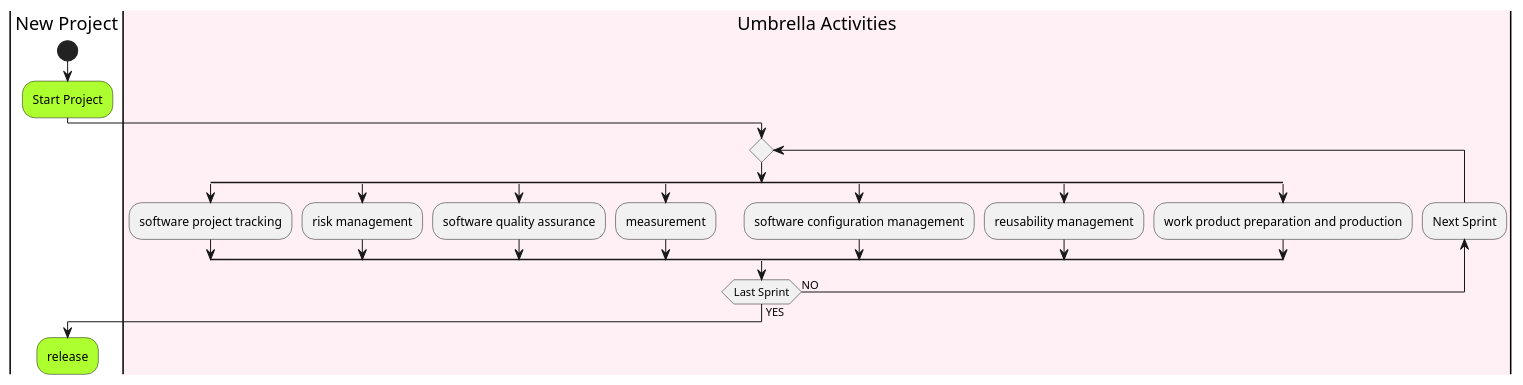
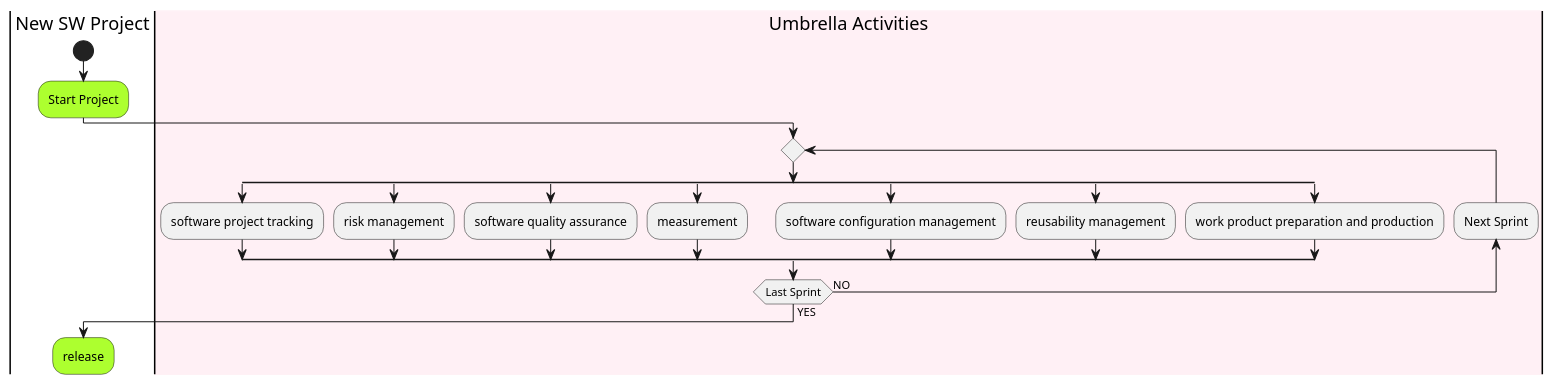
One commit to KPZNet/CSC505 changed the diagram in M1/Umbrella.puml. Above: the diagram before and after it, drawn with PlantUML. The commit also changed other lines of this file, not shown here.

```diff
--- a/M1/Umbrella.puml
+++ b/M1/Umbrella.puml
@@ -2,32 +2,32 @@
 @startuml UmbrellaActivities
-|New Project|
+|New SW Project|
 
 start
 
 #GreenYellow:Start Project;
 
 |#LavenderBlush|Umbrella Activities|
 repeat
 
 split
   :software project tracking;
 split again
   :risk management;
 split again
   :software quality assurance;
 split again
   :measurement;
 split again
   :software configuration management;
 split again
   :reusability management;
 split again
   :work product preparation and production;
 end split;
 backward :Next Sprint;
 repeatwhile (Last Sprint) is (NO) not (YES)
-|New Project|
+|New SW Project|
 
 #GreenYellow:release;
 
 @enduml
```
